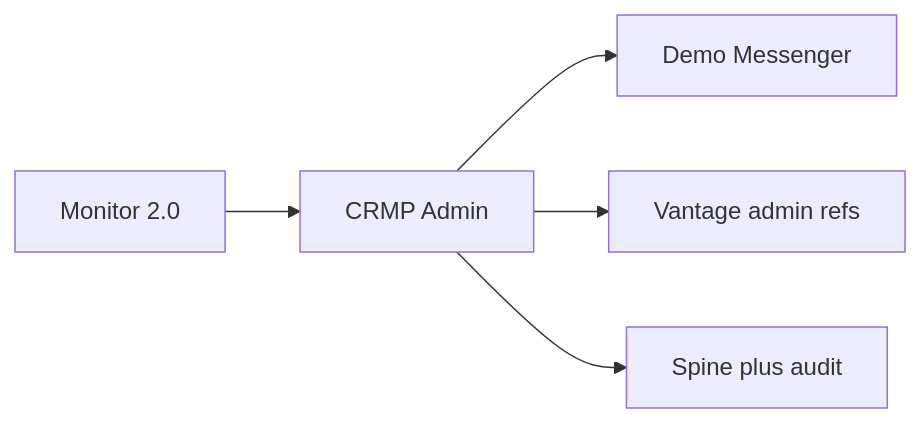
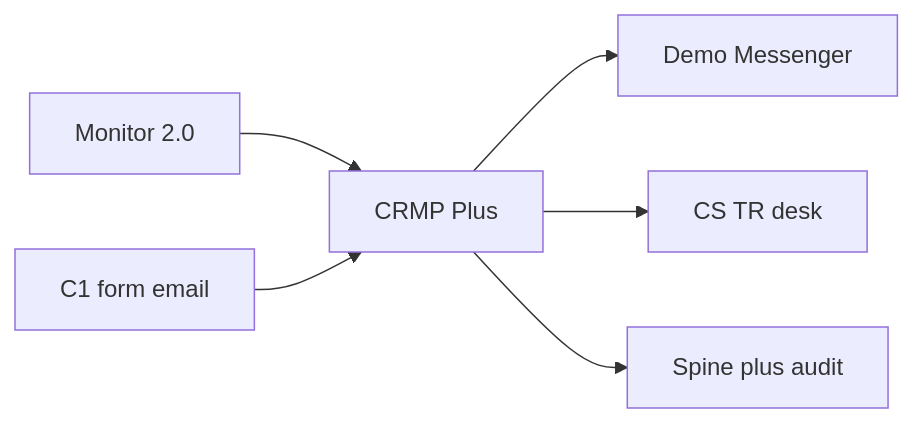
One commit to hxyan2020/PRD changed the first of 8 diagrams in platform/docs/PRD.md. Above: the diagram before and after it, drawn with Mermaid. The commit also changed other lines of this file and 31 other files, not shown here.

First line of the commit message:
Give CRMP Plus its own Pages URL and leave original CRMP Admin frozen.

````diff
--- a/platform/docs/PRD.md
+++ b/platform/docs/PRD.md
@@ -25,7 +26,8 @@
 ```mermaid
 graph LR
-  Mon[Monitor 2.0] --> Crmp[CRMP Admin]
-  Crmp --> Lark[Demo Messenger]
-  Crmp --> Admin[Vantage admin refs]
-  Crmp --> Audit[Spine plus audit]
+  Mon[Monitor 2.0] --> Plus[CRMP Plus]
+  CsIn[C1 form email] --> Plus
+  Plus --> Lark[Demo Messenger]
+  Plus --> CsDesk[CS TR desk]
+  Plus --> Audit[Spine plus audit]
 ```
````
